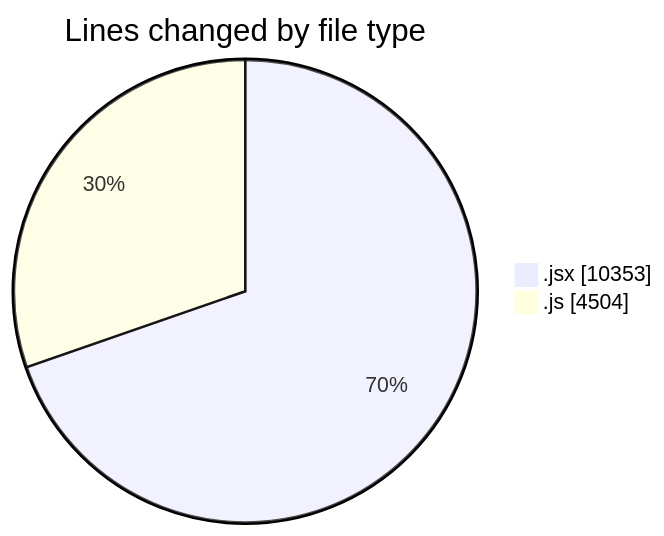
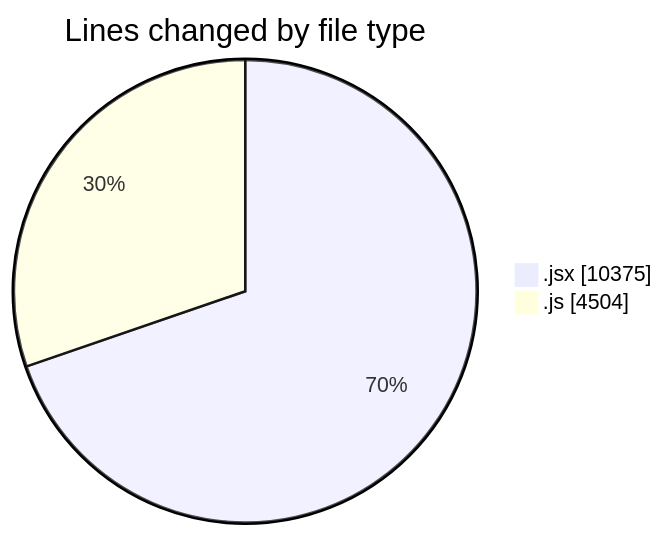
Before and after one commit to nxtqubesakshisongat/code-tracking: the first of 2 diagrams in 2025-09-23/nxtqube_webapp/README.md, drawn with Mermaid. The commit also changed other lines of this file and 1 other file, not shown here.

````diff
--- a/2025-09-23/nxtqube_webapp/README.md
+++ b/2025-09-23/nxtqube_webapp/README.md
@@ -24,6 +24,6 @@
 ```mermaid
 pie showData
 title Lines changed by file type
-".jsx" : 10353
+".jsx" : 10375
 ".js" : 4504
 ```
````
